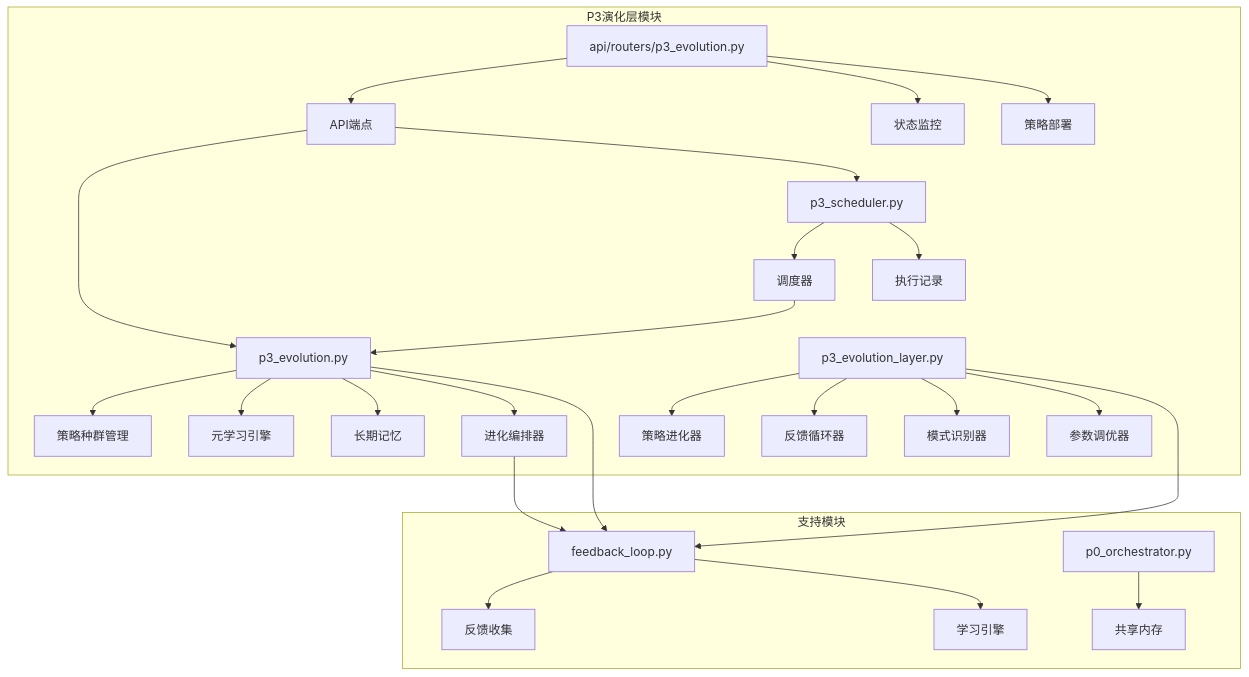
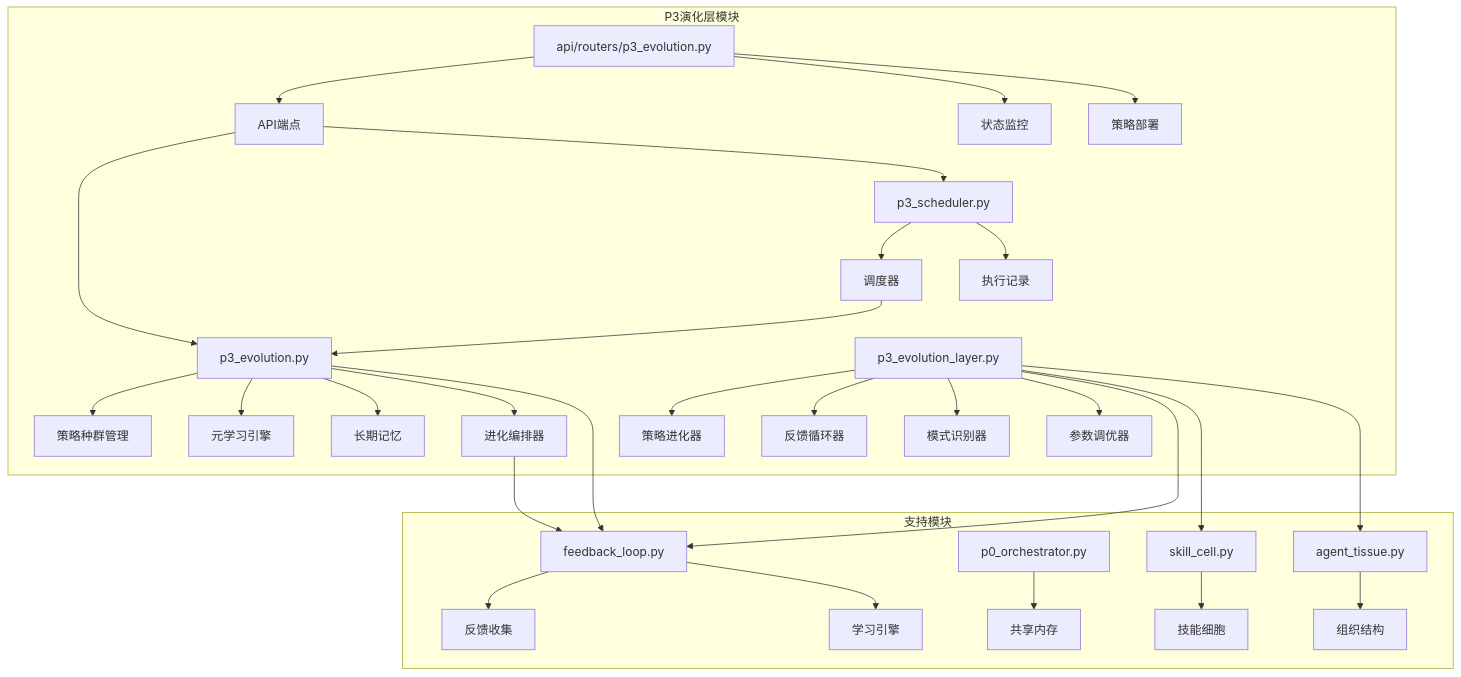
The first of 8 diagrams in .qoder/repowiki/zh/content/P3演化层.md (jackeyunjie/open-notebook), drawn with Mermaid before and after one commit. The commit also changed other lines of this file and 51 other files, not shown here.

````diff
--- a/.qoder/repowiki/zh/content/P3演化层.md
+++ b/.qoder/repowiki/zh/content/P3演化层.md
@@ -39,29 +53,33 @@
 ```mermaid
 graph TB
 subgraph "P3演化层模块"
 A[p3_evolution.py] --> B[策略种群管理]
 A --> C[元学习引擎]
 A --> D[长期记忆]
 A --> E[进化编排器]
 F[p3_evolution_layer.py] --> G[策略进化器]
 F --> H[反馈循环器]
 F --> I[模式识别器]
 F --> J[参数调优器]
 K[p3_scheduler.py] --> L[调度器]
 K --> M[执行记录]
 N[api/routers/p3_evolution.py] --> O[API端点]
 N --> P[状态监控]
 N --> Q[策略部署]
 end
 subgraph "支持模块"
 R[feedback_loop.py] --> S[反馈收集]
 R --> T[学习引擎]
 U[p0_orchestrator.py] --> V[共享内存]
+W[skill_cell.py] --> X[技能细胞]
+Y[agent_tissue.py] --> Z[组织结构]
 end
 A --> R
 E --> R
 F --> R
+F --> W
+F --> Y
 L --> A
 O --> A
 O --> K
 ```
````
